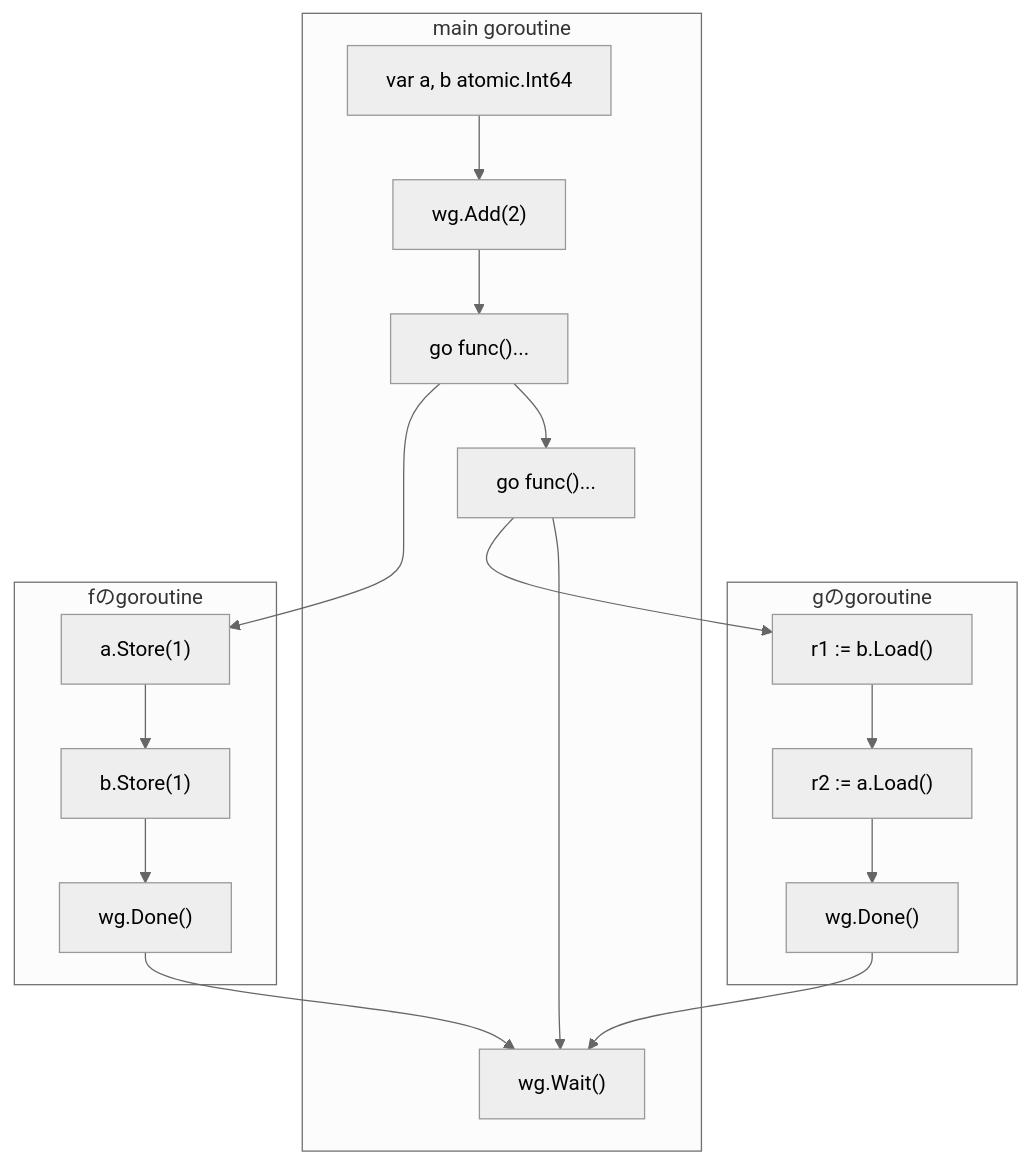
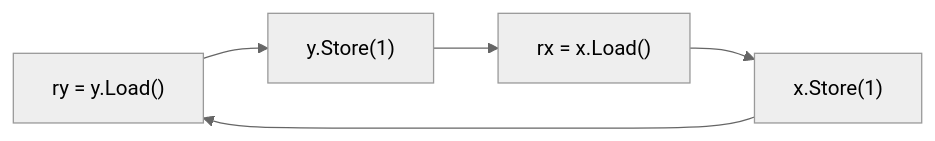
The fourth of 8 diagrams in books/go-memory-model/6.go119-sync-atomic.md (nobishino/zenn), drawn with Mermaid (neutral theme) before and after one commit. The commit also changed other lines of this file and 6 other files, not shown here.

````diff
--- a/books/go-memory-model/6.go119-sync-atomic.md
+++ b/books/go-memory-model/6.go119-sync-atomic.md
@@ -216,16 +330,4 @@
 ```mermaid
-graph TD
-    subgraph G["gのgoroutine"]
-        GR1["r1 := b.Load()"] --> GR2["r2 := a.Load()"] --> GD["wg.Done()"]
-    end
-    subgraph M["main goroutine"]
-        INIT["var a, b atomic.Int64"] --> ADD["wg.Add(2)"] --> GOF["go func()..."] --> GOG["go func()..."] --> W["wg.Wait()"]
-    end
-    subgraph F["fのgoroutine"]
-        FA["a.Store(1)"] --> FB["b.Store(1)"] --> FD["wg.Done()"]
-    end
-    GOF --> FA
-    GOG --> GR1
-    FD --> W
-    GD --> W
+graph LR
+    YL["ry = y.Load()"] --> YS["y.Store(1)"] --> XL["rx = x.Load()"] --> XS["x.Store(1)"] --> YL
 ```
````
